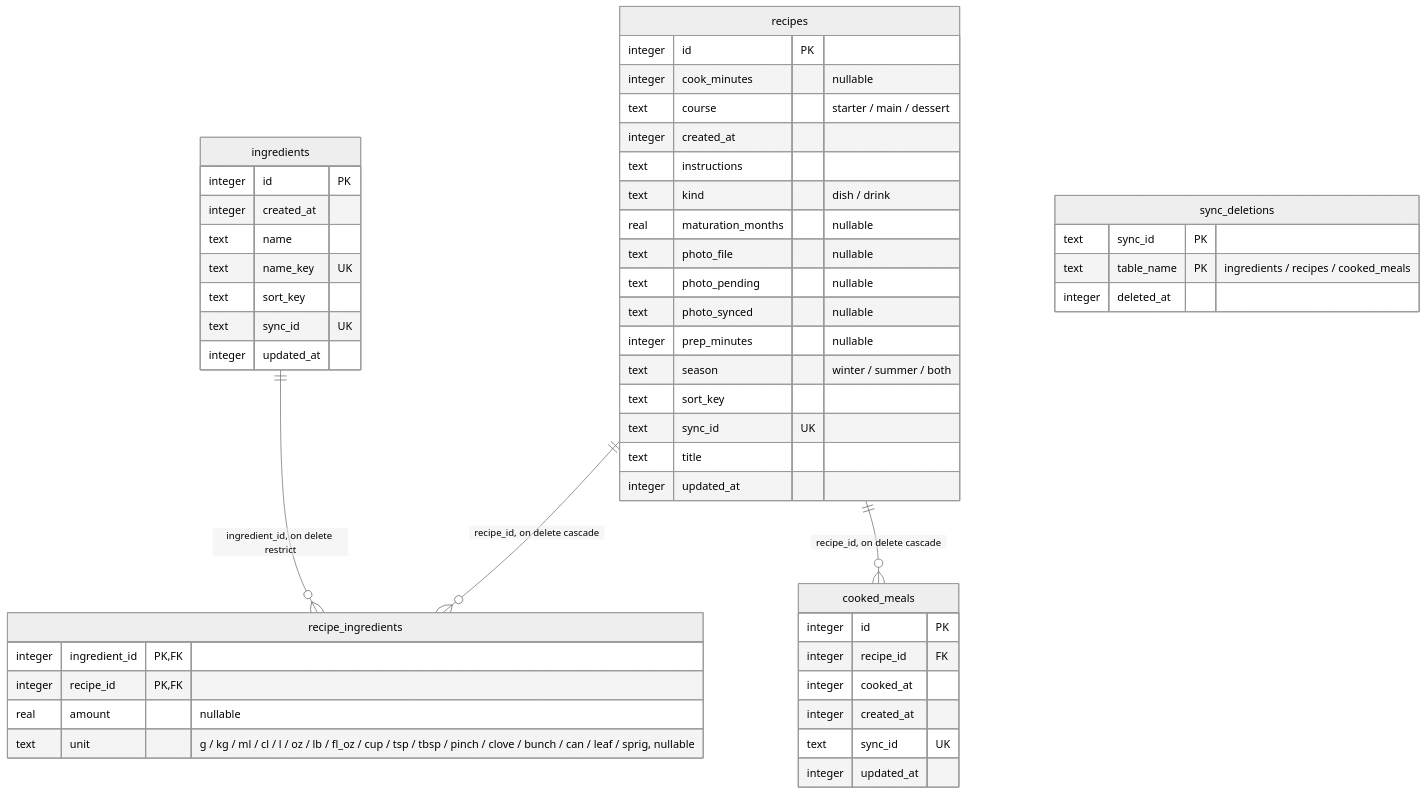
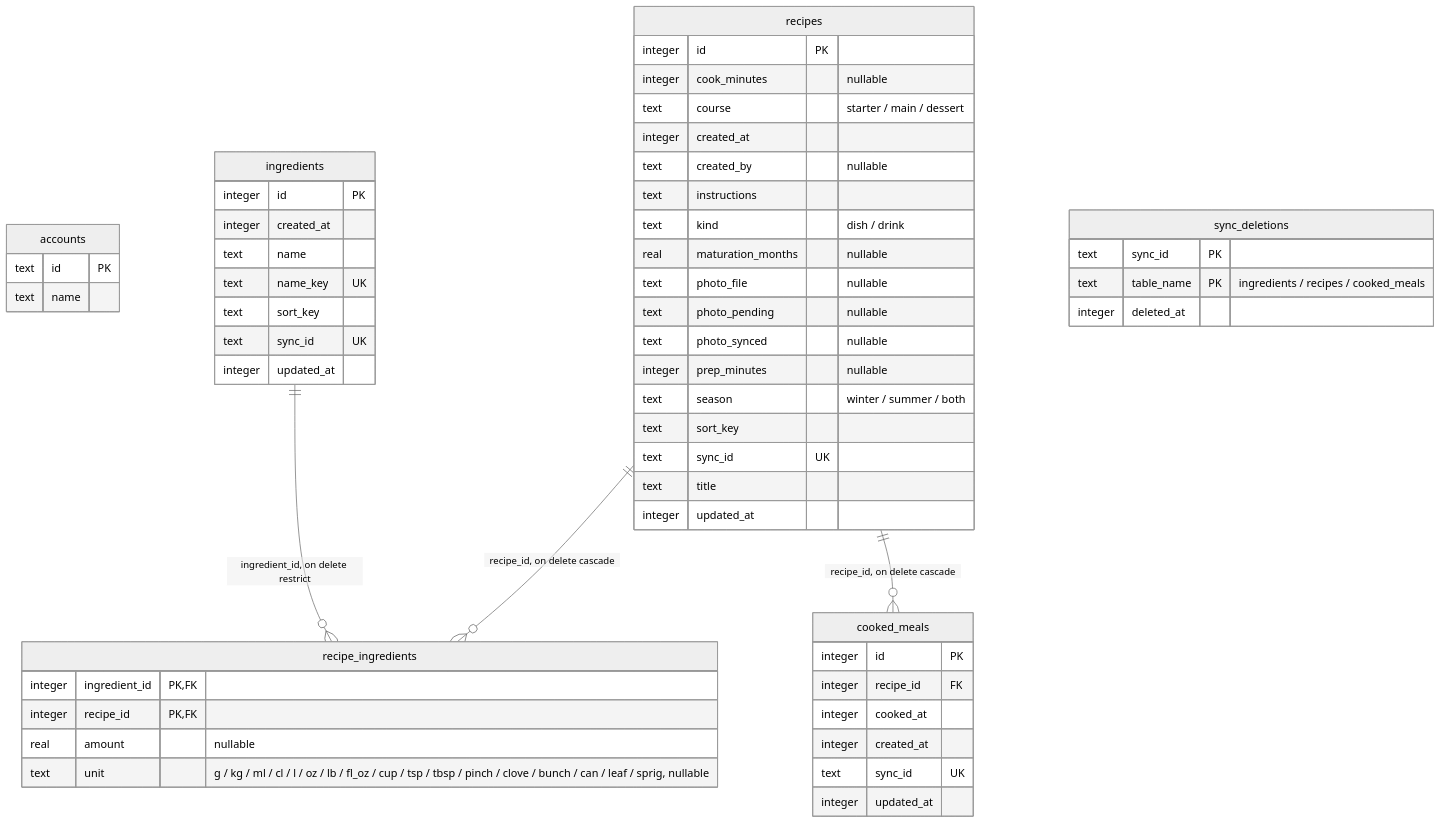
One commit to someoneinthe/dishes-cook changed the diagram in docs/database.md. Above: the diagram before and after it, drawn with Mermaid (neutral theme). The commit also changed 46 other files, not shown here.

````diff
--- a/docs/database.md
+++ b/docs/database.md
@@ -10,52 +10,57 @@
 ```mermaid
 erDiagram
+  accounts {
+    text id PK
+    text name
+  }
   cooked_meals {
     integer id PK
     integer recipe_id FK
     integer cooked_at
     integer created_at
     text sync_id UK
     integer updated_at
   }
   ingredients {
     integer id PK
     integer created_at
     text name
     text name_key UK
     text sort_key
     text sync_id UK
     integer updated_at
   }
   recipe_ingredients {
     integer ingredient_id PK, FK
     integer recipe_id PK, FK
     real amount "nullable"
     text unit "g / kg / ml / cl / l / oz / lb / fl_oz / cup / tsp / tbsp / pinch / clove / bunch / can / leaf / sprig, nullable"
   }
   recipes {
     integer id PK
     integer cook_minutes "nullable"
     text course "starter / main / dessert"
     integer created_at
+    text created_by "nullable"
     text instructions
     text kind "dish / drink"
     real maturation_months "nullable"
     text photo_file "nullable"
     text photo_pending "nullable"
     text photo_synced "nullable"
     integer prep_minutes "nullable"
     text season "winter / summer / both"
     text sort_key
     text sync_id UK
     text title
     integer updated_at
   }
   sync_deletions {
     text sync_id PK
     text table_name PK "ingredients / recipes / cooked_meals"
     integer deleted_at
   }
   recipes ||--o{ cooked_meals : "recipe_id, on delete cascade"
   ingredients ||--o{ recipe_ingredients : "ingredient_id, on delete restrict"
   recipes ||--o{ recipe_ingredients : "recipe_id, on delete cascade"
 ```
````
